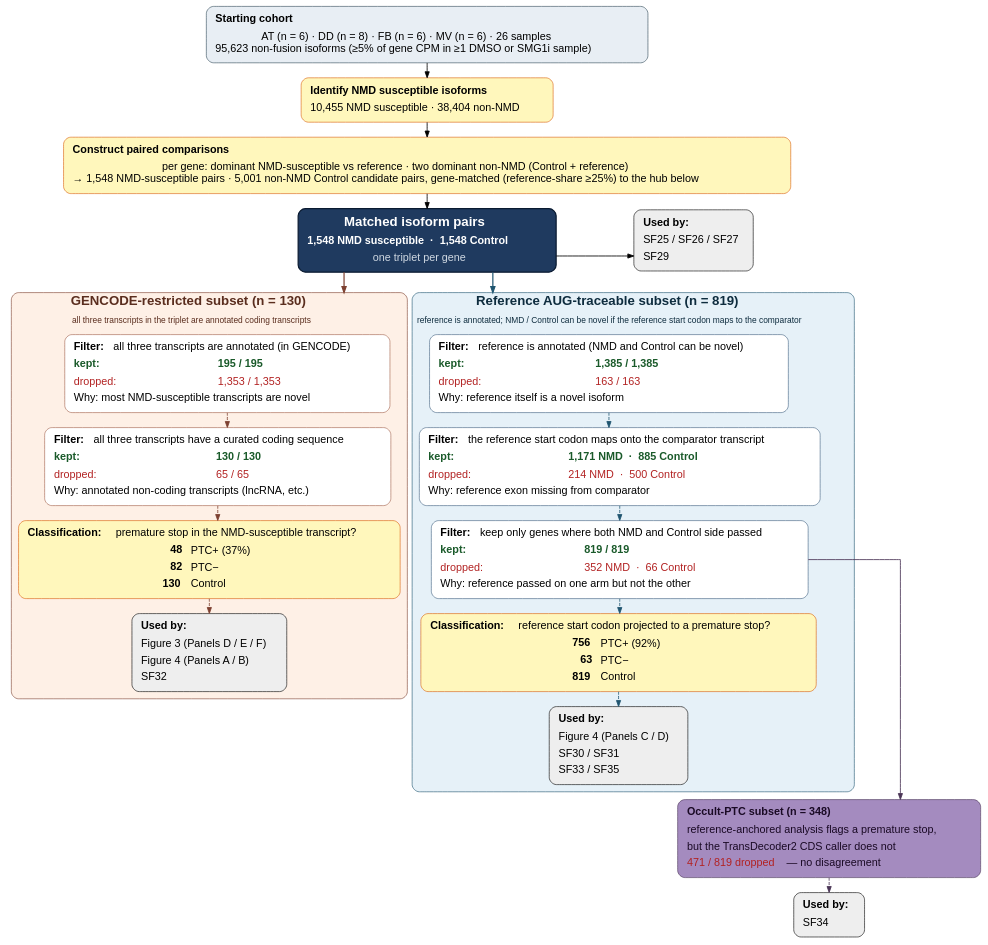
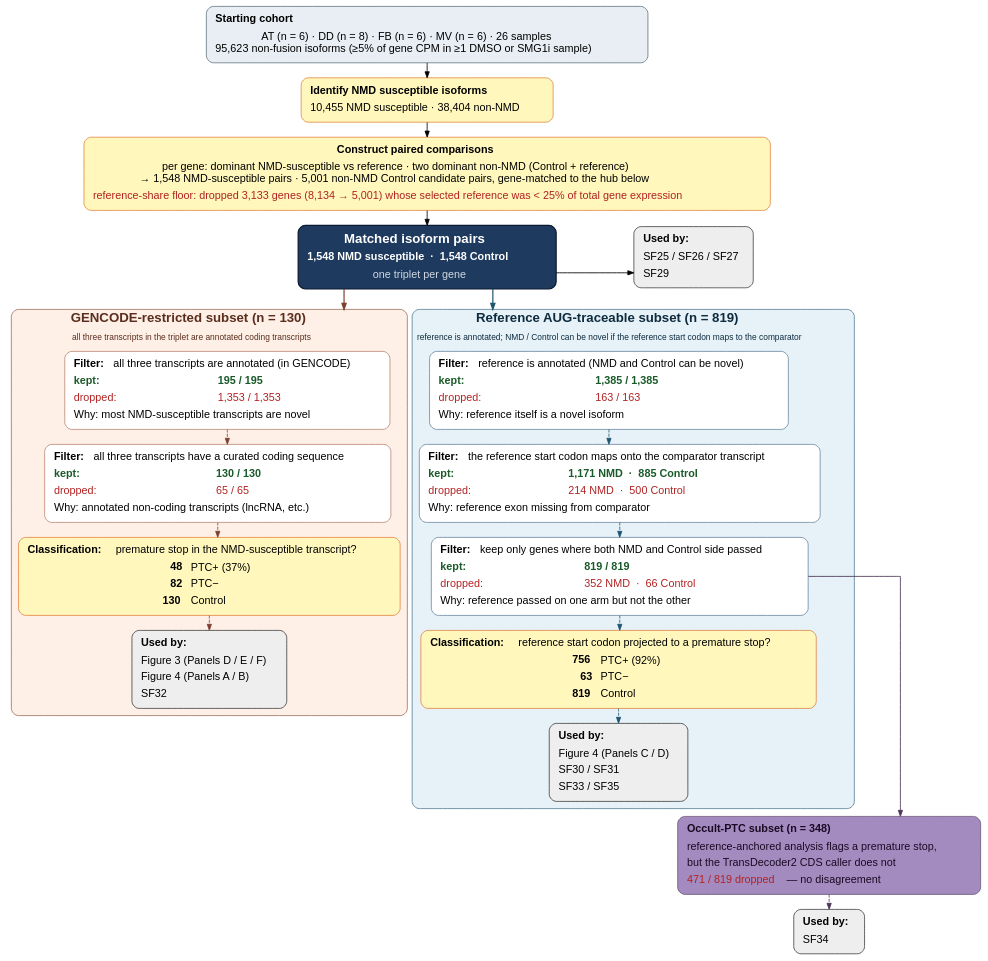
One commit to peter4244/nmd_isopair_analysis changed the diagram in figures/SupplementalFigures/SF28_PairAnalysisFlowchart/figure_s_pair_analysis_flowchart.dot. Above: the diagram before and after it, drawn with Graphviz. The commit also changed 11 other files, not shown here.

```diff
--- a/figures/SupplementalFigures/SF28_PairAnalysisFlowchart/figure_s_pair_analysis_flowchart.dot
+++ b/figures/SupplementalFigures/SF28_PairAnalysisFlowchart/figure_s_pair_analysis_flowchart.dot
@@ -10,7 +10,7 @@
   // ─── Starting cohort + upstream classification + pair construction
   U1 [label=<<TABLE BORDER="0" CELLBORDER="0" CELLSPACING="0" CELLPADDING="4"><TR><TD ALIGN="LEFT"><B>Starting cohort</B></TD></TR><TR><TD ALIGN="LEFT">AT (n = 6) · DD (n = 8) · FB (n = 6) · MV (n = 6) · 26 samples<BR/>95,623 non-fusion isoforms (≥5% of gene CPM in ≥1 DMSO or SMG1i sample)</TD></TR></TABLE>>, fillcolor="#e8eef4", color="#2f4858"]
   U2 [label=<<TABLE BORDER="0" CELLBORDER="0" CELLSPACING="0" CELLPADDING="4"><TR><TD ALIGN="LEFT"><B>Identify NMD susceptible isoforms</B></TD></TR><TR><TD ALIGN="LEFT">10,455 NMD susceptible · 38,404 non-NMD</TD></TR></TABLE>>, fillcolor="#fff7bc", color="#d95f0e"]
-  U3 [label=<<TABLE BORDER="0" CELLBORDER="0" CELLSPACING="0" CELLPADDING="4"><TR><TD ALIGN="LEFT"><B>Construct paired comparisons</B></TD></TR><TR><TD ALIGN="LEFT">per gene: dominant NMD-susceptible vs reference · two dominant non-NMD (Control + reference)<BR/>→ 1,548 NMD-susceptible pairs · 5,001 non-NMD Control candidate pairs, gene-matched (reference-share ≥25%) to the hub below</TD></TR></TABLE>>, fillcolor="#fff7bc", color="#d95f0e"]
+  U3 [label=<<TABLE BORDER="0" CELLBORDER="0" CELLSPACING="0" CELLPADDING="4"><TR><TD ALIGN="CENTER"><B>Construct paired comparisons</B></TD></TR><TR><TD ALIGN="CENTER">per gene: dominant NMD-susceptible vs reference · two dominant non-NMD (Control + reference)<BR/>→ 1,548 NMD-susceptible pairs · 5,001 non-NMD Control candidate pairs, gene-matched to the hub below</TD></TR><TR><TD ALIGN="CENTER"><FONT POINT-SIZE="18" COLOR="#b22222">reference-share floor: dropped 3,133 genes (8,134 → 5,001) whose selected reference was &lt; 25% of total gene expression</FONT></TD></TR></TABLE>>, fillcolor="#fff7bc", color="#d95f0e"]
 
   U1 -> U2 -> U3
 
```
